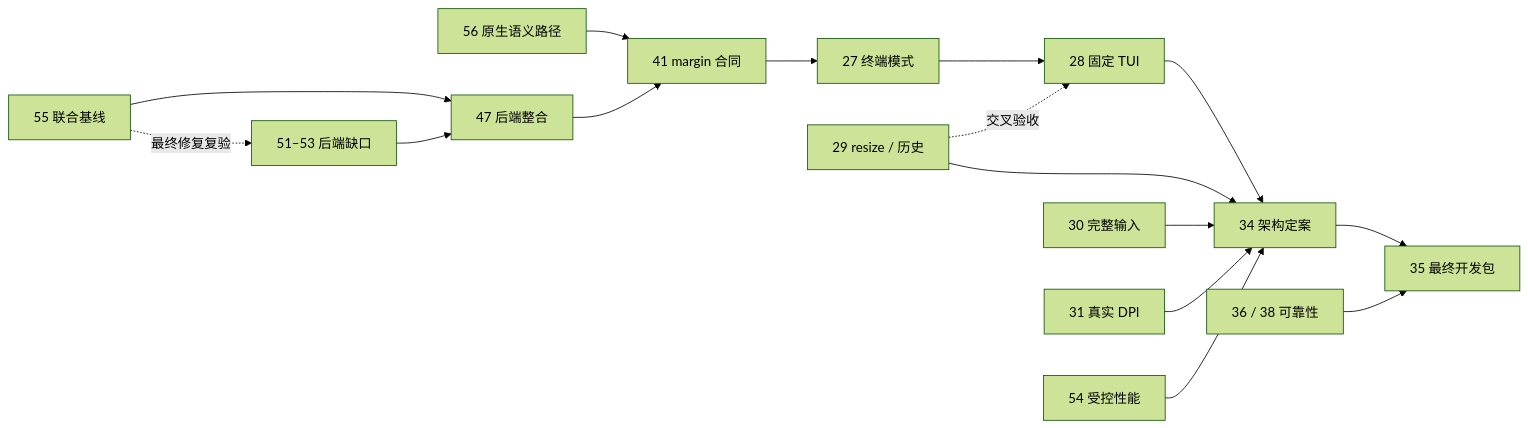
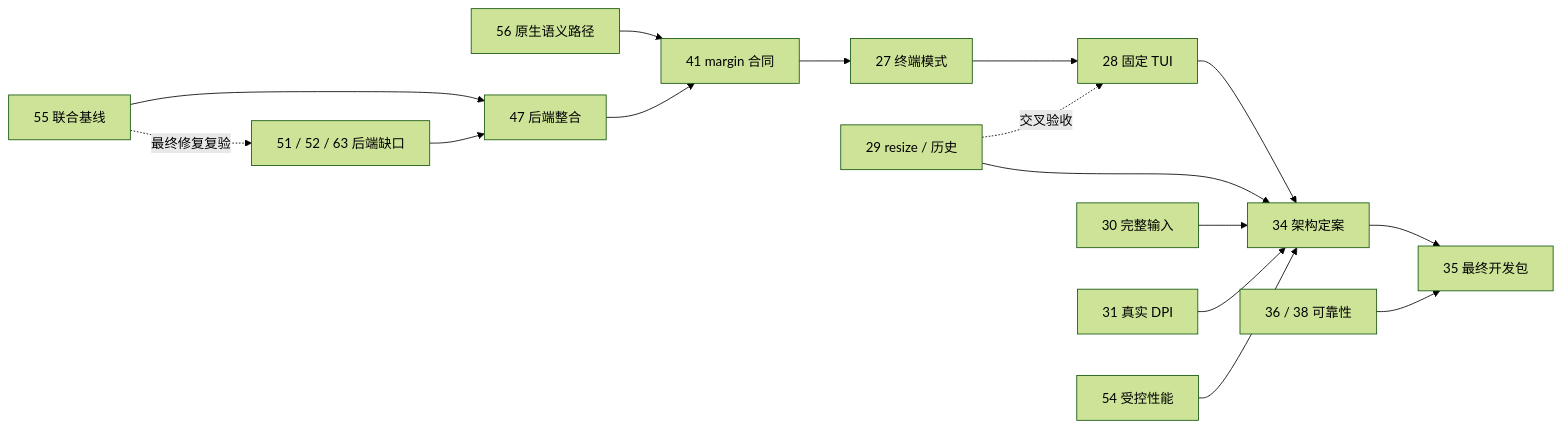
The diagram in docs/milestones/R2-local-terminal.md (JavaZeroo/termforge), drawn with Mermaid (forest theme) before and after one commit. The commit also changed other lines of this file and 5 other files, not shown here.

````diff
--- a/docs/milestones/R2-local-terminal.md
+++ b/docs/milestones/R2-local-terminal.md
@@ -28,16 +28,16 @@
 ```mermaid
 flowchart LR
     baseline["55 联合基线"] --> backend["47 后端整合"]
-    fixes["51–53 后端缺口"] --> backend
+    fixes["51 / 52 / 63 后端缺口"] --> backend
     baseline -. "最终修复复验" .-> fixes
     native["56 原生语义路径"] --> margin["41 margin 合同"]
     backend --> margin --> modes["27 终端模式"] --> tui["28 固定 TUI"]
     resize["29 resize / 历史"] -. "交叉验收" .-> tui
     tui --> arch["34 架构定案"]
     resize --> arch
     input["30 完整输入"] --> arch
     dpi["31 真实 DPI"] --> arch
     perf["54 受控性能"] --> arch
     arch --> package["35 最终开发包"]
     reliability["36 / 38 可靠性"] --> package
 ```
````
